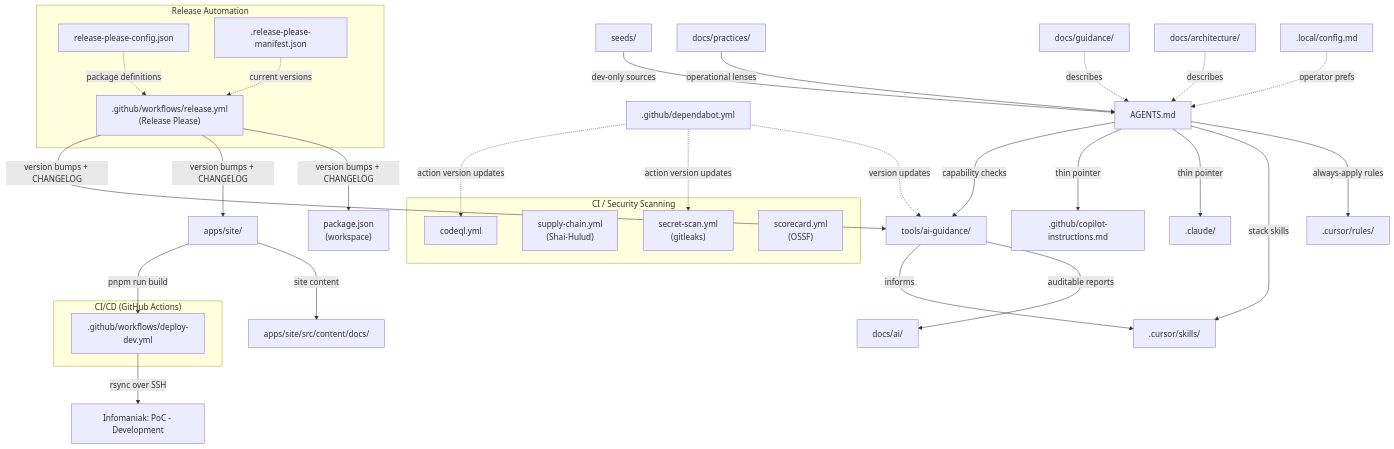
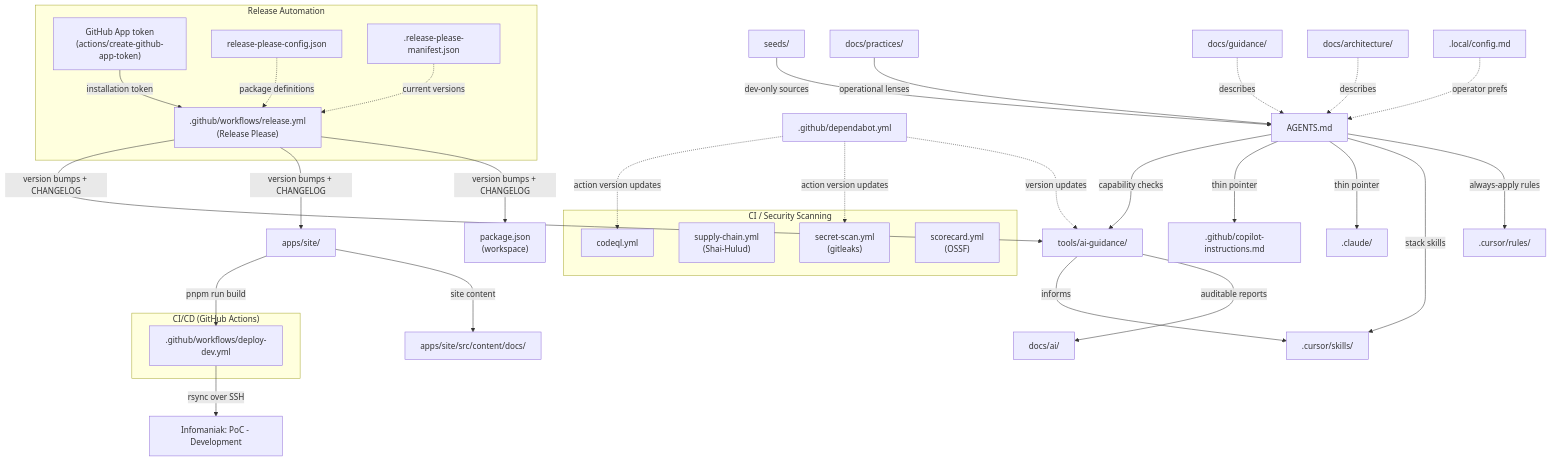
The diagram in docs/architecture/workspace.md (Mikeys-Tech-Lab/poc), drawn with Mermaid before and after one commit. The commit also changed other lines of this file and 6 other files, not shown here.

First line of the commit message:
fix(infra): use GitHub App token for Release Please (#15)

````diff
--- a/docs/architecture/workspace.md
+++ b/docs/architecture/workspace.md
@@ -23,49 +23,51 @@
 ```mermaid
 flowchart TD
   Seeds[seeds/] -->|"dev-only sources"| Agents[AGENTS.md]
   Practices["docs/practices/"] -->|"operational lenses"| Agents
 
   Agents -->|"always-apply rules"| CursorRules[.cursor/rules/]
   Agents -->|"stack skills"| CursorSkills[.cursor/skills/]
   Agents -->|"thin pointer"| Claude[.claude/]
   Agents -->|"thin pointer"| Copilot[.github/copilot-instructions.md]
 
   Agents -->|"capability checks"| Tooling[tools/ai-guidance/]
   Tooling -->|"auditable reports"| DocsAI[docs/ai/]
   Tooling -->|"informs"| CursorSkills
 
   Guidance[docs/guidance/] -.->|"describes"| Agents
   Architecture[docs/architecture/] -.->|"describes"| Agents
 
   LocalConfig[".local/config.md"] -.->|"operator prefs"| Agents
   Dependabot[".github/dependabot.yml"] -.->|"version updates"| Tooling
 
   AstroSite[apps/site/] -->|"site content"| SiteDocs["apps/site/src/content/docs/"]
 
   subgraph "CI/CD (GitHub Actions)"
     DeployDev[".github/workflows/deploy-dev.yml"]
   end
 
   subgraph "CI / Security Scanning"
     SecretScan["secret-scan.yml\n(gitleaks)"]
     SupplyChain["supply-chain.yml\n(Shai-Hulud)"]
     CodeQL["codeql.yml"]
     ScoreCard["scorecard.yml\n(OSSF)"]
   end
 
   subgraph "Release Automation"
     ReleasePlease[".github/workflows/release.yml\n(Release Please)"]
+    AppToken["GitHub App token\n(actions/create-github-app-token)"]
     RPConfig["release-please-config.json"]
     RPManifest[".release-please-manifest.json"]
   end
 
   AstroSite -->|"pnpm run build"| DeployDev
   DeployDev -->|"rsync over SSH"| InfomaniakDev["Infomaniak: PoC - Development"]
   Dependabot -.->|"action version updates"| SecretScan
   Dependabot -.->|"action version updates"| CodeQL
+  AppToken -->|"installation token"| ReleasePlease
   RPConfig -.->|"package definitions"| ReleasePlease
   RPManifest -.->|"current versions"| ReleasePlease
   ReleasePlease -->|"version bumps + CHANGELOG"| RootPkg["package.json\n(workspace)"]
   ReleasePlease -->|"version bumps + CHANGELOG"| AstroSite
   ReleasePlease -->|"version bumps + CHANGELOG"| Tooling
 ```
````
